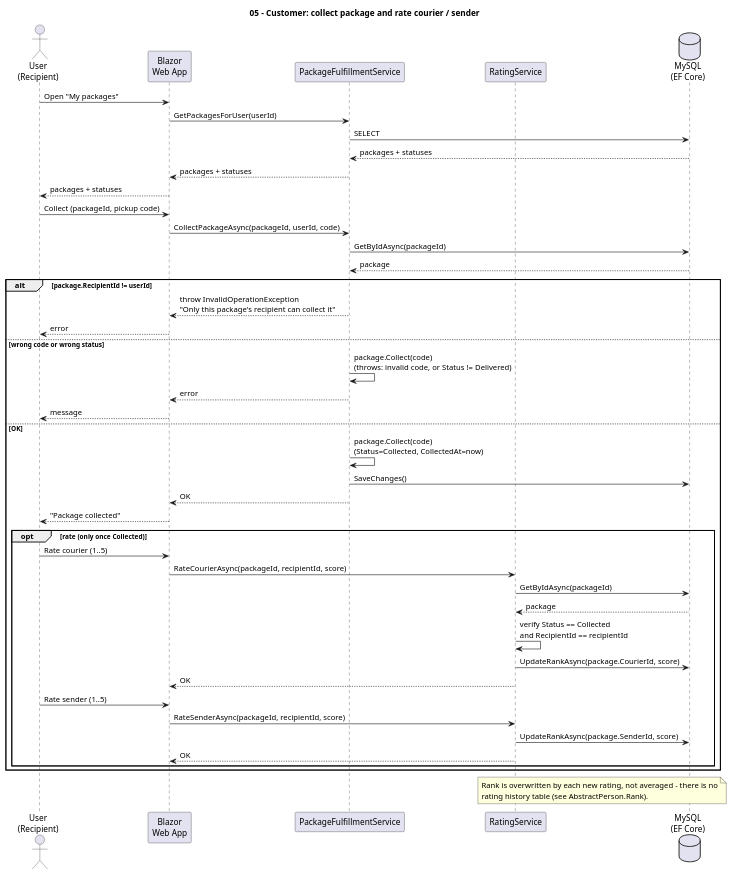
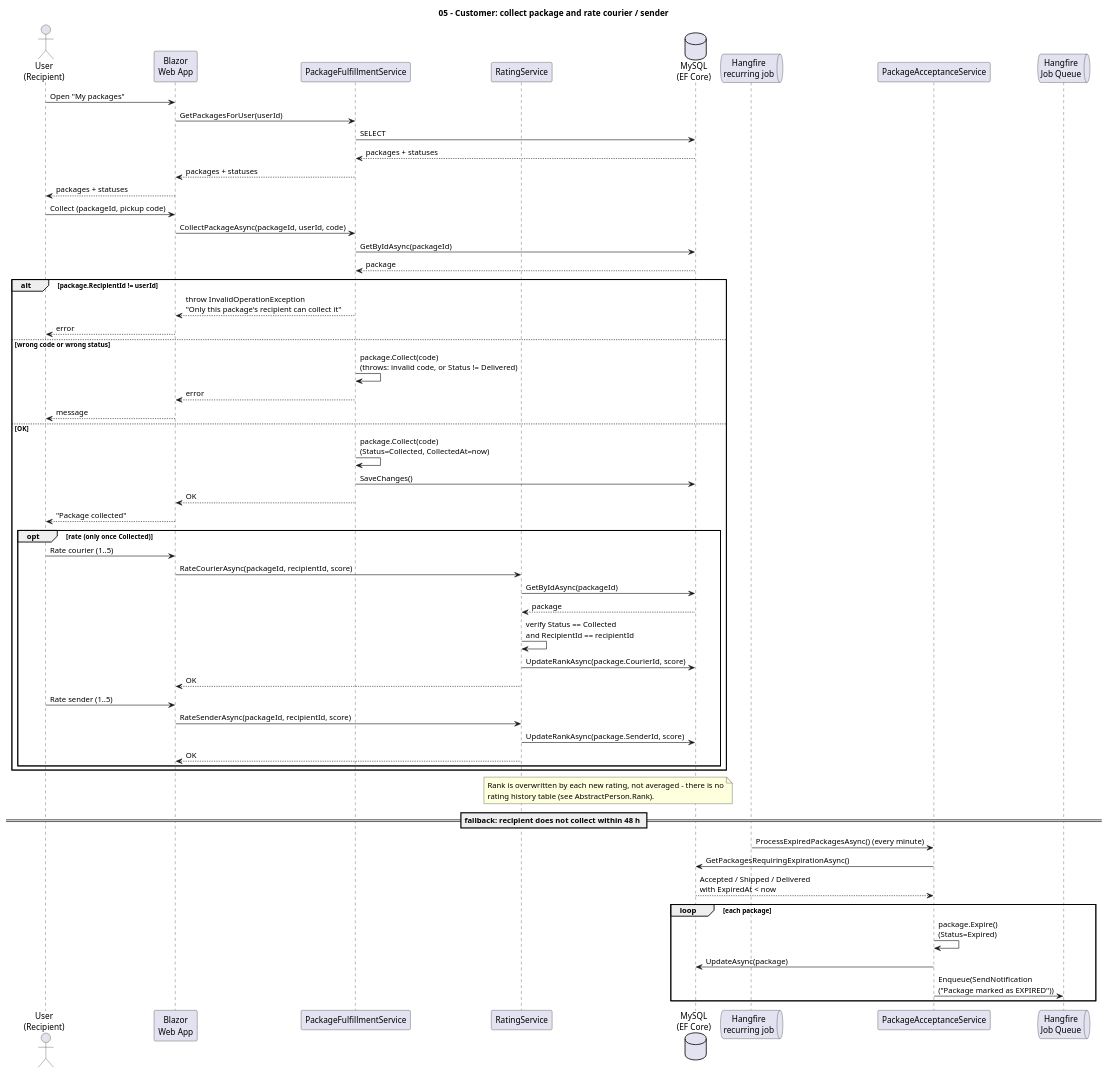
Before and after one commit to AGH-ISI-projects/package-management: the fifth of 6 diagrams in krzycha/docs/nowe/sekwencje/sequence-diagrams.puml, drawn with PlantUML. The commit also changed other lines of this file and 2 other files, not shown here.

Commit message:
diagramy ogarniete

```diff
--- a/krzycha/docs/nowe/sekwencje/sequence-diagrams.puml
+++ b/krzycha/docs/nowe/sekwencje/sequence-diagrams.puml
@@ -235,56 +262,69 @@
 @startuml 05-customer-collect-and-rate
 title 05 - Customer: collect package and rate courier / sender
 
 actor "User\n(Recipient)" as Recipient
 participant "Blazor\nWeb App" as Web
 participant "PackageFulfillmentService" as FulfillSvc
 participant "RatingService" as RatingSvc
 database "MySQL\n(EF Core)" as DB
 
 Recipient -> Web: Open "My packages"
 Web -> FulfillSvc: GetPackagesForUser(userId)
 FulfillSvc -> DB: SELECT
 DB --> FulfillSvc: packages + statuses
 FulfillSvc --> Web: packages + statuses
 Web --> Recipient: packages + statuses
 
 Recipient -> Web: Collect (packageId, pickup code)
 Web -> FulfillSvc: CollectPackageAsync(packageId, userId, code)
 FulfillSvc -> DB: GetByIdAsync(packageId)
 DB --> FulfillSvc: package
 
 alt package.RecipientId != userId
     FulfillSvc --> Web: throw InvalidOperationException\n"Only this package's recipient can collect it"
     Web --> Recipient: error
 else wrong code or wrong status
     FulfillSvc -> FulfillSvc: package.Collect(code)\n(throws: invalid code, or Status != Delivered)
     FulfillSvc --> Web: error
     Web --> Recipient: message
 else OK
     FulfillSvc -> FulfillSvc: package.Collect(code)\n(Status=Collected, CollectedAt=now)
     FulfillSvc -> DB: SaveChanges()
     FulfillSvc --> Web: OK
     Web --> Recipient: "Package collected"
 
     opt rate (only once Collected)
         Recipient -> Web: Rate courier (1..5)
         Web -> RatingSvc: RateCourierAsync(packageId, recipientId, score)
         RatingSvc -> DB: GetByIdAsync(packageId)
         DB --> RatingSvc: package
         RatingSvc -> RatingSvc: verify Status == Collected\nand RecipientId == recipientId
         RatingSvc -> DB: UpdateRankAsync(package.CourierId, score)
         RatingSvc --> Web: OK
 
         Recipient -> Web: Rate sender (1..5)
         Web -> RatingSvc: RateSenderAsync(packageId, recipientId, score)
         RatingSvc -> DB: UpdateRankAsync(package.SenderId, score)
         RatingSvc --> Web: OK
     end
 end
 
 note over RatingSvc, DB
   Rank is overwritten by each new rating, not averaged - there is no
   rating history table (see AbstractPerson.Rank).
 end note
 
+== fallback: recipient does not collect within 48 h ==
+queue "Hangfire\nrecurring job" as Recurring
+participant "PackageAcceptanceService" as AcceptSvc
+queue "Hangfire\nJob Queue" as Hangfire
+Recurring -> AcceptSvc: ProcessExpiredPackagesAsync() (every minute)
+AcceptSvc -> DB: GetPackagesRequiringExpirationAsync()
+DB --> AcceptSvc: Accepted / Shipped / Delivered\nwith ExpiredAt < now
+loop each package
+    AcceptSvc -> AcceptSvc: package.Expire()\n(Status=Expired)
+    AcceptSvc -> DB: UpdateAsync(package)
+    AcceptSvc -> Hangfire: Enqueue(SendNotification\n("Package marked as EXPIRED"))
+end
+
 @enduml
```
